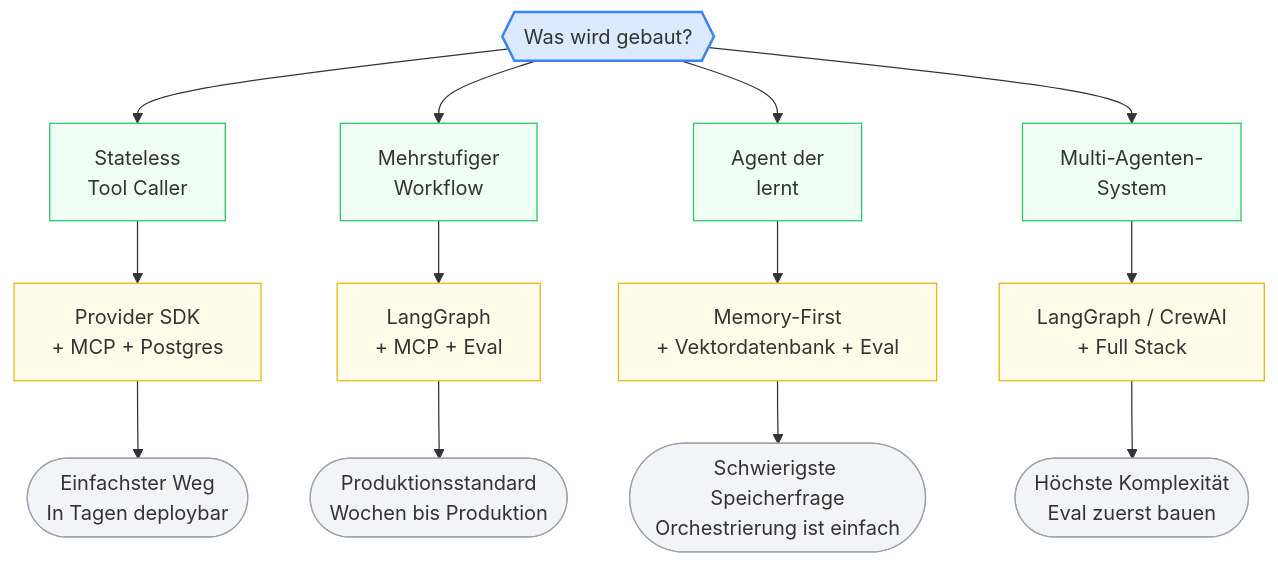
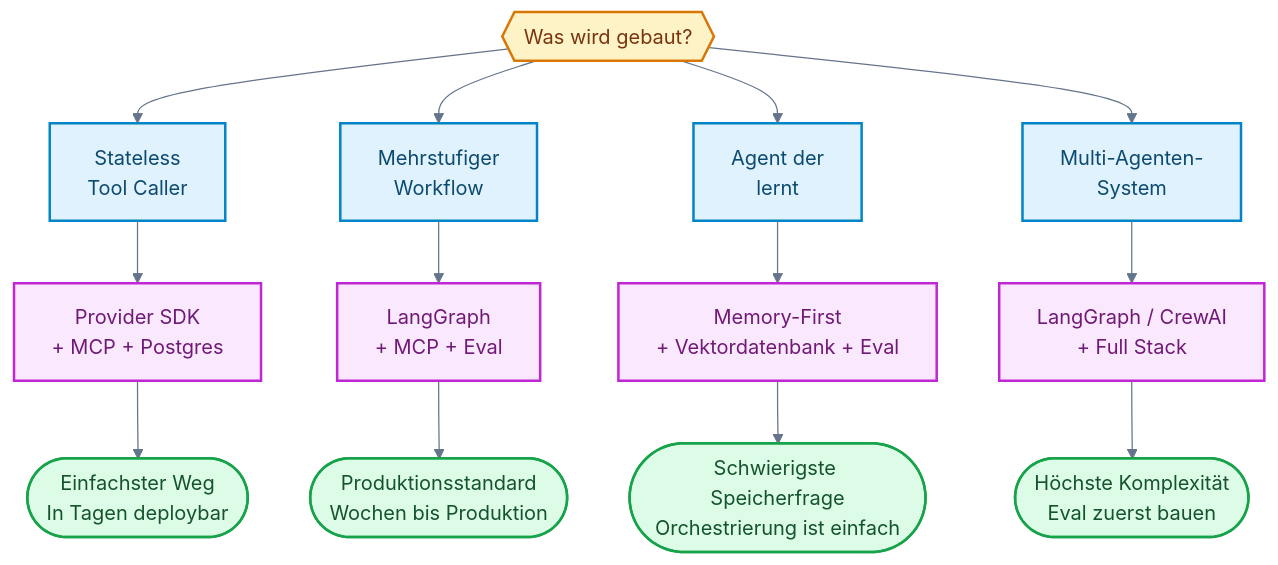
The diagram in docs/10-deployment/minimum-viable-genai-stack.md (ralf-42/GenAI), drawn with Mermaid before and after one commit. The commit also changed 25 other files, not shown here.

````diff
--- a/docs/10-deployment/minimum-viable-genai-stack.md
+++ b/docs/10-deployment/minimum-viable-genai-stack.md
@@ -165,29 +165,45 @@
 ```mermaid
+---
+config:
+  theme: base
+  look: classic
+  themeVariables:
+    primaryColor: '#e0f2fe'
+    primaryBorderColor: '#0284c7'
+    primaryTextColor: '#1e293b'
+    lineColor: '#64748b'
+    clusterBkg: '#f8fafc'
+    clusterBorder: '#cbd5e1'
+    noteBkgColor: '#fef3c7'
+    noteBorderColor: '#d97706'
+    noteTextColor: '#78350f'
+    edgeLabelBackground: '#ffffff'
+---
+
 flowchart TD
     START{{Was wird gebaut?}}
 
     START --> S1[Stateless<br>Tool Caller]
     START --> S2[Mehrstufiger<br>Workflow]
     START --> S3[Agent der<br>lernt]
     START --> S4[Multi-Agenten-<br>System]
 
     S1 --> T1[Provider SDK<br>+ MCP + Postgres]
     S2 --> T2[LangGraph<br>+ MCP + Eval]
     S3 --> T3[Memory-First<br>+ Vektordatenbank + Eval]
     S4 --> T4[LangGraph / CrewAI<br>+ Full Stack]
 
     T1 --> R1([Einfachster Weg<br>In Tagen deploybar])
     T2 --> R2([Produktionsstandard<br>Wochen bis Produktion])
     T3 --> R3([Schwierigste Speicherfrage<br>Orchestrierung ist einfach])
     T4 --> R4([Höchste Komplexität<br>Eval zuerst bauen])
 
-    classDef question fill:#dbeafe,stroke:#3b82f6,stroke-width:2px
-    classDef agenttype fill:#f0fdf4,stroke:#22c55e,stroke-width:1px
-    classDef stack fill:#fefce8,stroke:#eab308,stroke-width:1px
-    classDef result fill:#f3f4f6,stroke:#9ca3af,stroke-width:1px
-
-    class START question
-    class S1,S2,S3,S4 agenttype
-    class T1,T2,T3,T4 stack
-    class R1,R2,R3,R4 result
+%% Funktionsfarben nach Mermaid_Best_Practices.md
+classDef default fill:#e0f2fe,stroke:#0284c7,stroke-width:2px,color:#0c4a6e;
+classDef metric fill:#fef3c7,stroke:#d97706,stroke-width:2px,color:#78350f;
+classDef output fill:#dcfce7,stroke:#16a34a,stroke-width:2px,color:#14532d;
+classDef target fill:#fae8ff,stroke:#c026d3,stroke-width:2px,color:#701a75;
+class START metric;
+class R1,R2,R3,R4 output;
+class T1,T2,T3,T4 target;
 ```
````
